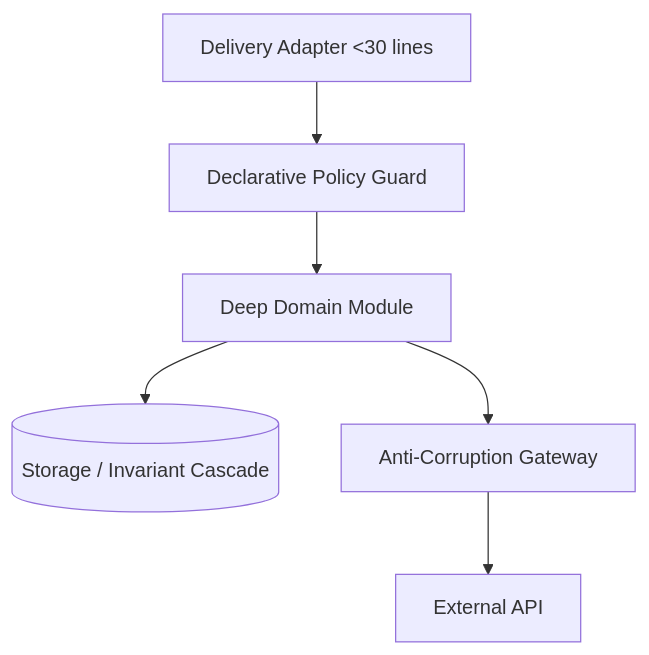
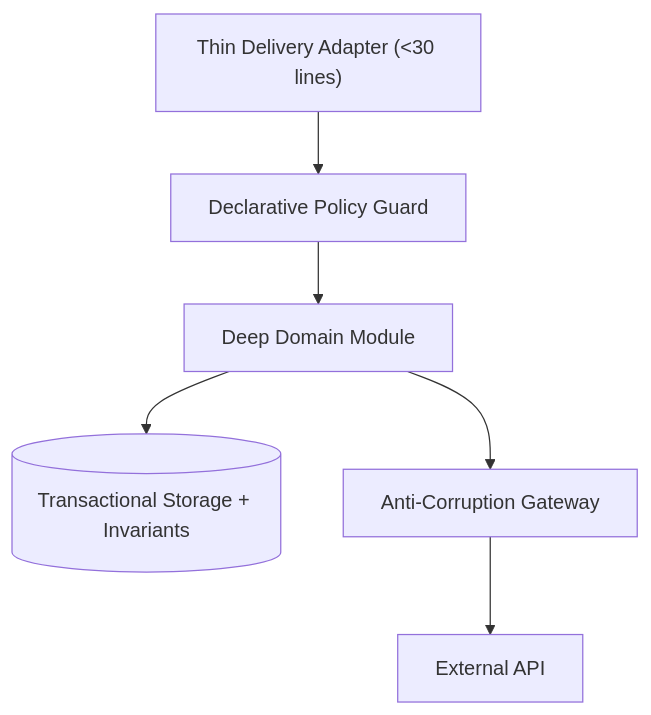
The second of 2 diagrams in skills/deforestation/SPEC-TEMPLATE.md (mcmxciillan/code-gardening), drawn with Mermaid before and after one commit. The commit also changed other lines of this file and 10 other files, not shown here.

Commit message:
refactor(skills): sharpen context pointers, extract PILLARS/DASHBOARD references, and fix subagent execution flows

````diff
--- a/skills/deforestation/SPEC-TEMPLATE.md
+++ b/skills/deforestation/SPEC-TEMPLATE.md
@@ -46,9 +45,8 @@
 ```mermaid
 graph TD
-    %% Diagram illustrating decoupled deep module and thin adapter
-    Caller[Delivery Adapter <30 lines] --> Guard[Declarative Policy Guard]
-    Guard --> DeepModule[Deep Domain Module]
-    DeepModule --> Storage[(Storage / Invariant Cascade)]
-    DeepModule --> Gateway[Anti-Corruption Gateway]
-    Gateway --> External[External API]
+    Caller["Thin Delivery Adapter (<30 lines)"] --> Guard["Declarative Policy Guard"]
+    Guard --> DeepModule["Deep Domain Module"]
+    DeepModule --> Storage[("Transactional Storage + Invariants")]
+    DeepModule --> Gateway["Anti-Corruption Gateway"]
+    Gateway --> External["External API"]
 ```
````
